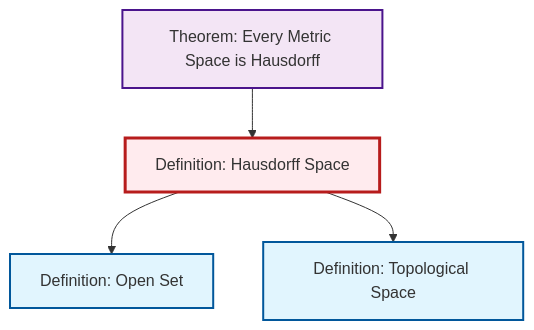
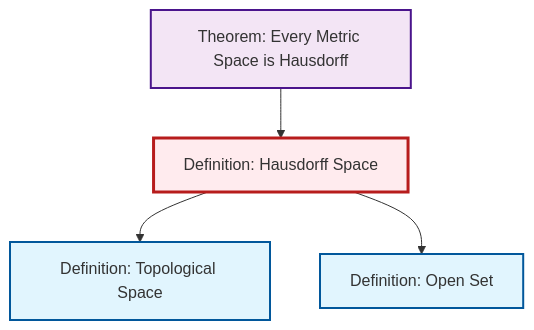
The diagram in content/en/topology/def-hausdorff.qmd (RK0429/ModernMath), drawn with Mermaid before and after one commit. The commit also changed other lines of this file and 530 other files, not shown here.

````diff
--- a/content/en/topology/def-hausdorff.qmd
+++ b/content/en/topology/def-hausdorff.qmd
@@ -53,20 +53,20 @@
 ```{mermaid}
 %%| fig-cap: "Local dependency graph"
 graph TD
     classDef definition fill:#e1f5fe,stroke:#01579b,stroke-width:2px
     classDef theorem fill:#f3e5f5,stroke:#4a148c,stroke-width:2px
     classDef axiom fill:#fff3e0,stroke:#e65100,stroke-width:2px
     classDef example fill:#e8f5e9,stroke:#1b5e20,stroke-width:2px
     classDef current fill:#ffebee,stroke:#b71c1c,stroke-width:3px
+    thm-metric-hausdorff["Theorem: Every Metric Space is Hausdorff"]:::theorem
+    def-topological-space["Definition: Topological Space"]:::definition
+    def-hausdorff["Definition: Hausdorff Space"]:::definition
     def-open-set["Definition: Open Set"]:::definition
-    thm-metric-hausdorff["Theorem: Every Metric Space is Hausdorff"]:::theorem
-    def-hausdorff["Definition: Hausdorff Space"]:::definition
-    def-topological-space["Definition: Topological Space"]:::definition
     thm-metric-hausdorff --> def-hausdorff
+    def-hausdorff --> def-topological-space
     def-hausdorff --> def-open-set
-    def-hausdorff --> def-topological-space
     class def-hausdorff current
-    click def-open-set "def-open-set.html" "Go to Open Set definition"
     click thm-metric-hausdorff "thm-metric-hausdorff.html" "Go to Every Metric Space is Hausdorff theorem"
     click def-topological-space "def-topological-space.html" "Go to Topological Space definition"
+    click def-open-set "def-open-set.html" "Go to Open Set definition"
 ```
````
